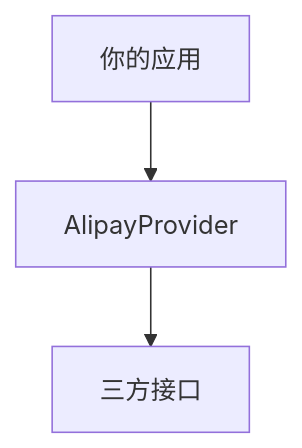
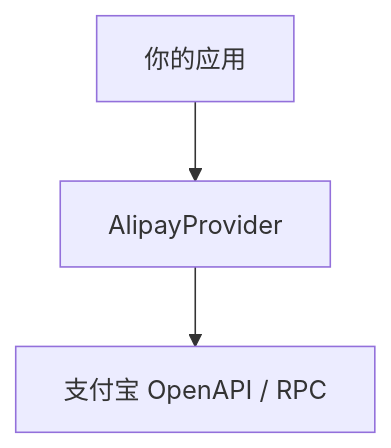
Before and after one commit to NexusContract/PubSoft.NexusContract: the second of 2 diagrams in README.zh-CN.md, drawn with Mermaid. The commit also changed other lines of this file and 1 other file, not shown here.

````diff
--- a/README.zh-CN.md
+++ b/README.zh-CN.md
@@ -202,9 +233,9 @@
 ```mermaid
 flowchart TB
     App["你的应用"]
     Provider["AlipayProvider"]
-    OpenAPI["三方接口"]
+    OpenAPI["支付宝 OpenAPI / RPC"]
 
     App --> Provider
     Provider --> OpenAPI
 ```
````
